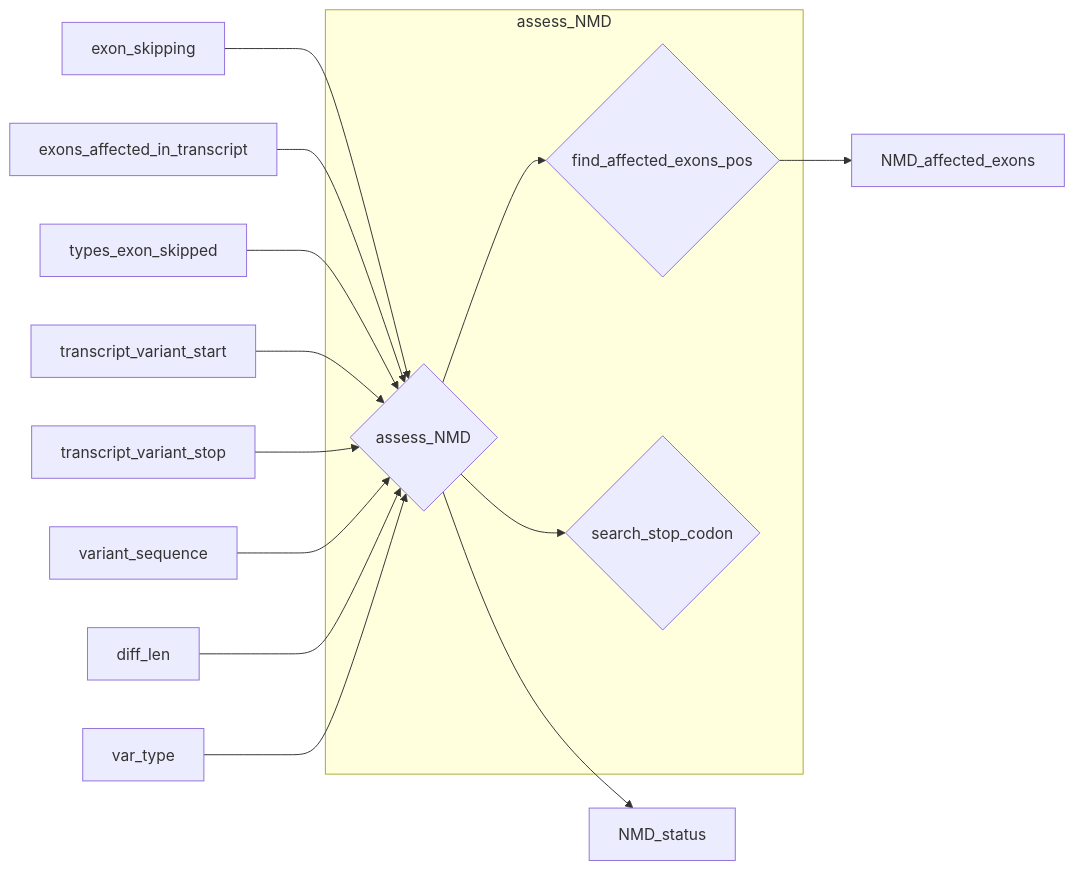
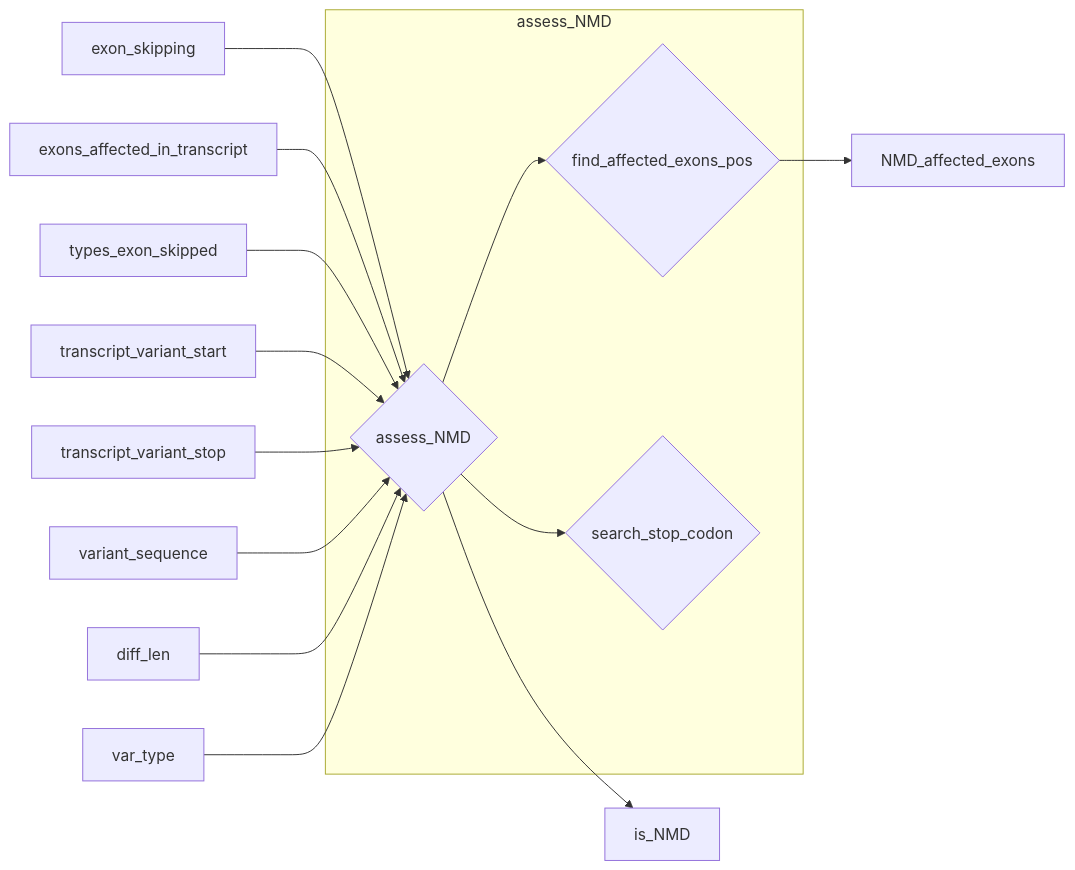
One commit to akatzke/HerediClassify changed diagram 16 of 30 in Software_design/Mermaid.org. Above: the diagram before and after it, drawn with Mermaid. The commit also changed other lines of this file and 8 other files, not shown here.

```diff
--- a/Software_design/Mermaid.org
+++ b/Software_design/Mermaid.org
@@ -234,17 +298,17 @@
 #+begin_src mermaid :file pvs1_assess_NMD.png
 flowchart LR
-   nmd --> NMD_status
+   nmd --> is_NMD
    faep --> NMD_affected_exons
    exon_skipping --> nmd{assess_NMD}
    exons_affected_in_transcript --> nmd
    types_exon_skipped --> nmd
    transcript_variant_start --> nmd
    transcript_variant_stop --> nmd
    variant_sequence --> nmd
    diff_len --> nmd
    var_type --> nmd
    subgraph assess_NMD
        nmd --> ssc{search_stop_codon}
        nmd --> faep{find_affected_exons_pos}
        end
 #+end_src
```
